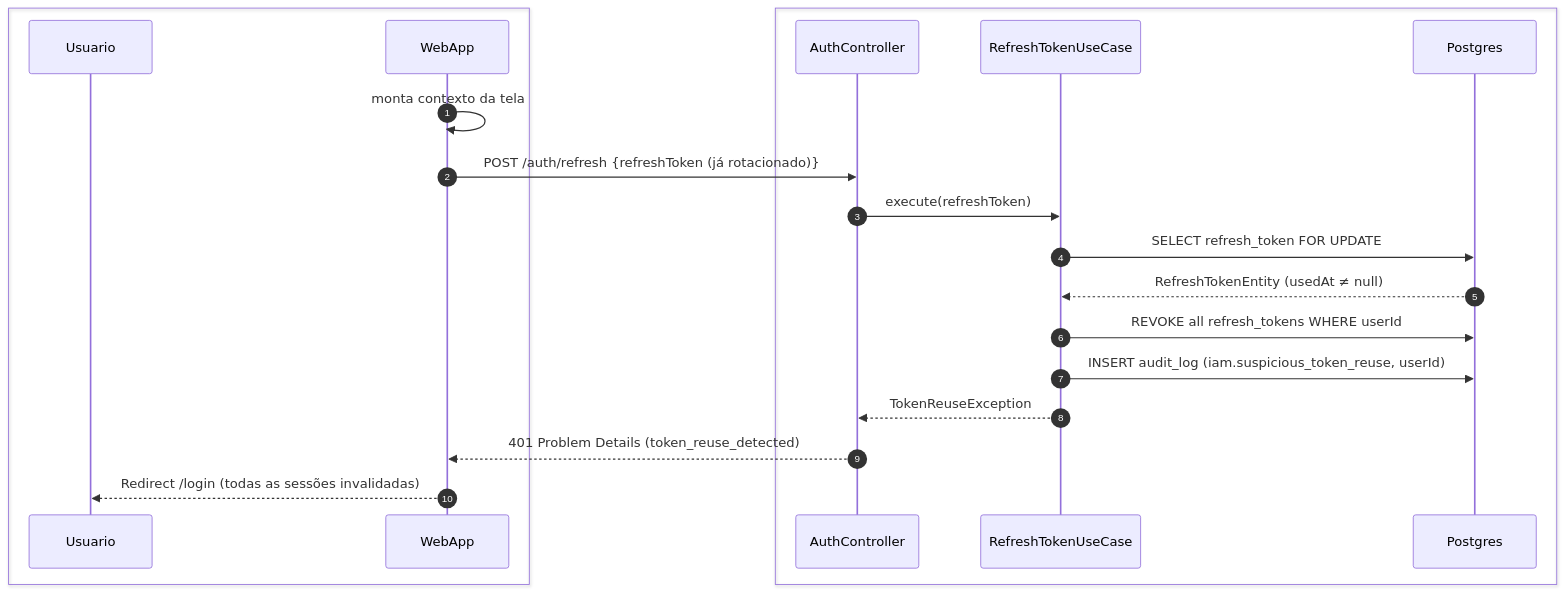
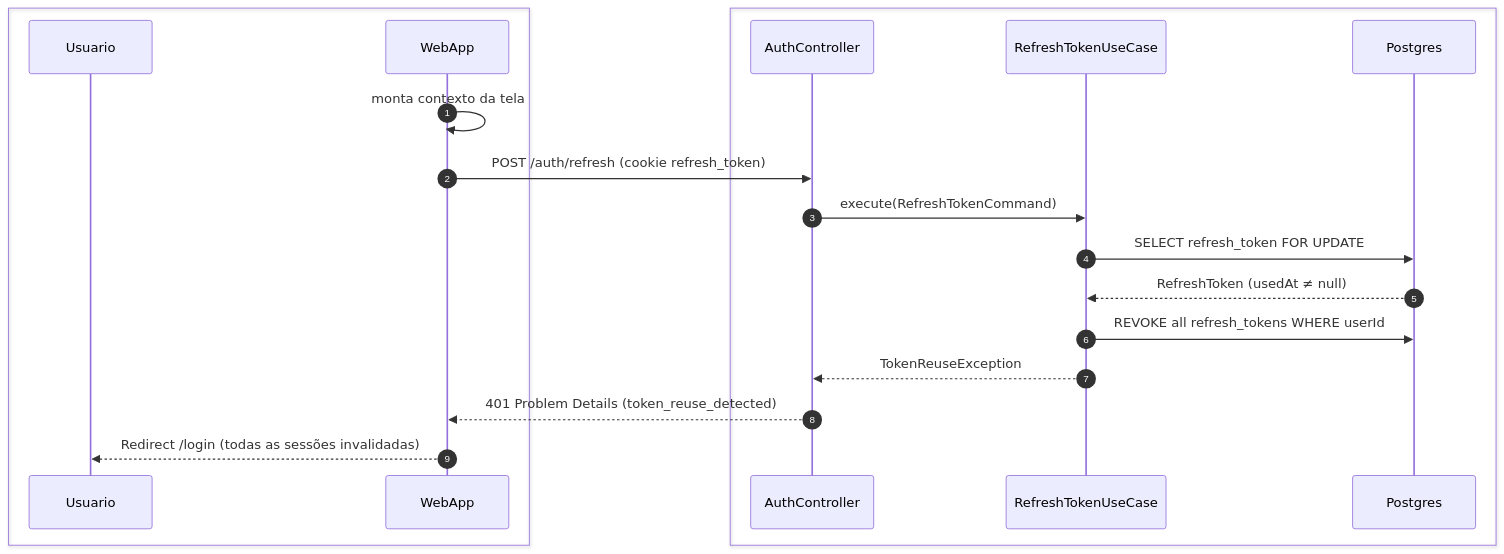
The sixth of 8 diagrams in foundationDocs/sequenceDiagrams/F0 — Público/US-F0-001-LOGIN.md (teamTCC/secretariaOnline2), drawn with Mermaid before and after one commit. The commit also changed other lines of this file and 104 other files, not shown here.

````diff
--- a/foundationDocs/sequenceDiagrams/F0 — Público/US-F0-001-LOGIN.md
+++ b/foundationDocs/sequenceDiagrams/F0 — Público/US-F0-001-LOGIN.md
@@ -249,24 +256,23 @@
 ```mermaid
 sequenceDiagram
     autonumber
     box #e8f4fc Cliente
         participant Usuario
         participant WebApp
     end
     box #fff8ee Servidor
         participant AC as AuthController
         participant UC as RefreshTokenUseCase
         participant DB as Postgres
     end
 
     WebApp->>WebApp: monta contexto da tela
-    WebApp->>AC: POST /auth/refresh {refreshToken (já rotacionado)}
-    AC->>UC: execute(refreshToken)
+    WebApp->>AC: POST /auth/refresh (cookie refresh_token)
+    AC->>UC: execute(RefreshTokenCommand)
     UC->>DB: SELECT refresh_token FOR UPDATE
-    DB-->>UC: RefreshTokenEntity (usedAt ≠ null)
+    DB-->>UC: RefreshToken (usedAt ≠ null)
     UC->>DB: REVOKE all refresh_tokens WHERE userId
-    UC->>DB: INSERT audit_log (iam.suspicious_token_reuse, userId)
     UC-->>AC: TokenReuseException
     AC-->>WebApp: 401 Problem Details (token_reuse_detected)
     WebApp-->>Usuario: Redirect /login (todas as sessões invalidadas)
 ```
````
